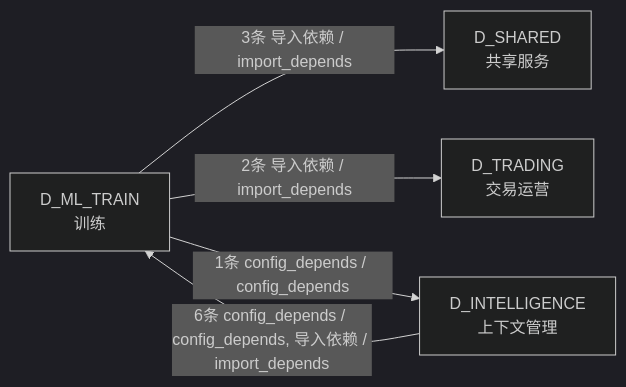
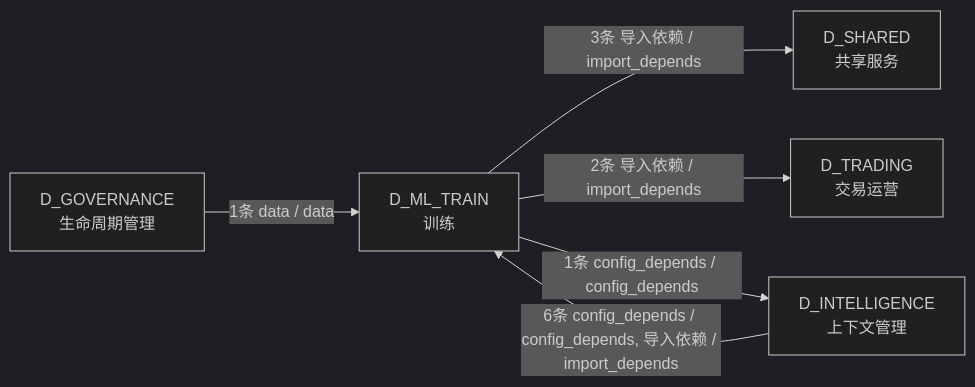
The fourth of 4 diagrams in docs/02_enterprise_architecture/02_domain_architecture_docs/50_d_ml_train.md (xuanFelixVan/ZephyrAlpha), drawn with Mermaid (dark theme) before and after one commit. The commit also changed other lines of this file and 127 other files, not shown here.

First line of the commit message:
chore(docs): S2-2 refresh architecture docs after depgraph rebuild

````diff
--- a/docs/02_enterprise_architecture/02_domain_architecture_docs/50_d_ml_train.md
+++ b/docs/02_enterprise_architecture/02_domain_architecture_docs/50_d_ml_train.md
@@ -201,11 +207,13 @@
 ```mermaid
 graph LR
     D_ML_TRAIN["D_ML_TRAIN<br/>训练"]
     D_SHARED["D_SHARED<br/>共享服务"]
     D_TRADING["D_TRADING<br/>交易运营"]
     D_INTELLIGENCE["D_INTELLIGENCE<br/>上下文管理"]
+    D_GOVERNANCE["D_GOVERNANCE<br/>生命周期管理"]
     D_ML_TRAIN -->|3条 导入依赖 / import_depends| D_SHARED
     D_ML_TRAIN -->|2条 导入依赖 / import_depends| D_TRADING
     D_ML_TRAIN -->|1条 config_depends / config_depends| D_INTELLIGENCE
     D_INTELLIGENCE -->|6条 config_depends / config_depends, 导入依赖 / import_depends| D_ML_TRAIN
+    D_GOVERNANCE -->|1条 data / data| D_ML_TRAIN
 ```
````
